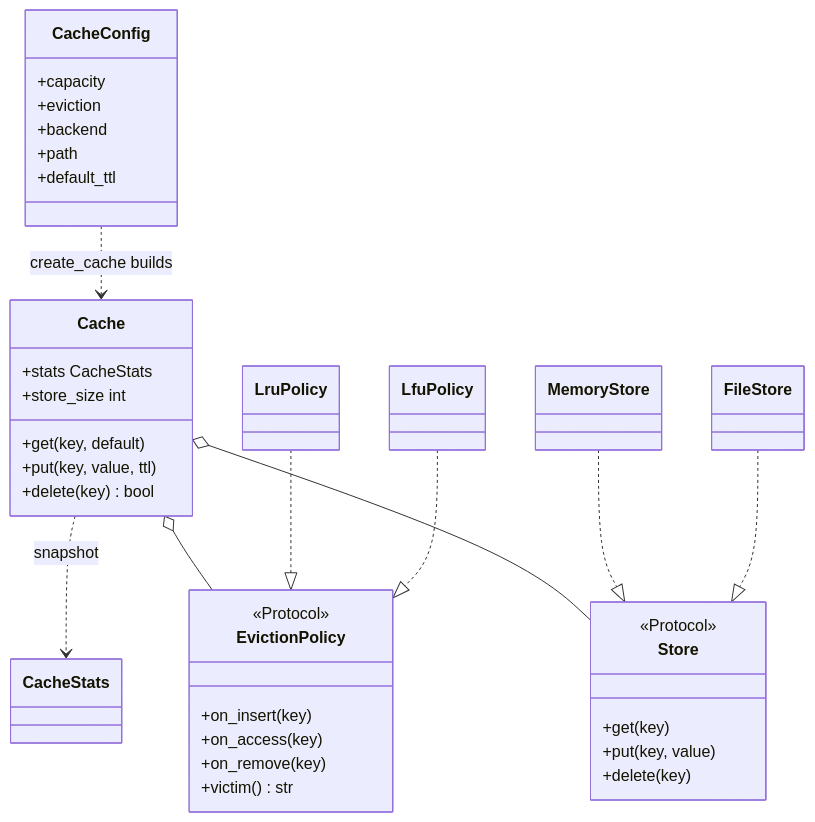
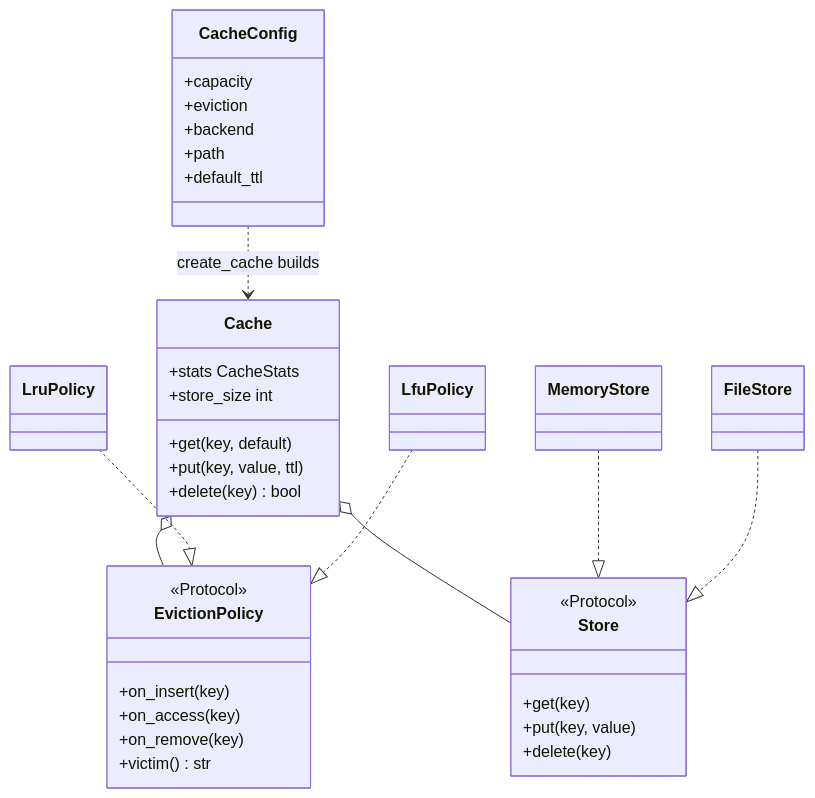
One commit to ChiChasesCheese/trellis changed the diagram in vault/domains/low-level-design/readings/problems/solution-amz-configurable-cache.md. Above: the diagram before and after it, drawn with Mermaid. The commit also changed other lines of this file and 69 other files, not shown here.

First line of the commit message:
Rewrite pass to WRITING_RULES: SD01-07, LLD amazon leaves 5-12, coding notes + cards; diagrams fit the page

````diff
--- a/vault/domains/low-level-design/readings/problems/solution-amz-configurable-cache.md
+++ b/vault/domains/low-level-design/readings/problems/solution-amz-configurable-cache.md
@@ -62,43 +58,41 @@
 ```mermaid
 classDiagram
     class Cache {
         +get(key, default)
         +put(key, value, ttl)
         +delete(key) bool
         +stats CacheStats
         +store_size int
     }
     class EvictionPolicy {
         <<Protocol>>
         +on_insert(key)
         +on_access(key)
         +on_remove(key)
         +victim() str
     }
     class LruPolicy
     class LfuPolicy
     class Store {
         <<Protocol>>
         +get(key)
         +put(key, value)
         +delete(key)
     }
     class MemoryStore
     class FileStore
     class CacheConfig {
         +capacity
         +eviction
         +backend
         +path
         +default_ttl
     }
-    class CacheStats
     Cache o-- EvictionPolicy
     Cache o-- Store
-    Cache ..> CacheStats : snapshot
     LruPolicy ..|> EvictionPolicy
     LfuPolicy ..|> EvictionPolicy
     MemoryStore ..|> Store
     FileStore ..|> Store
     CacheConfig ..> Cache : create_cache builds
 ```
````
